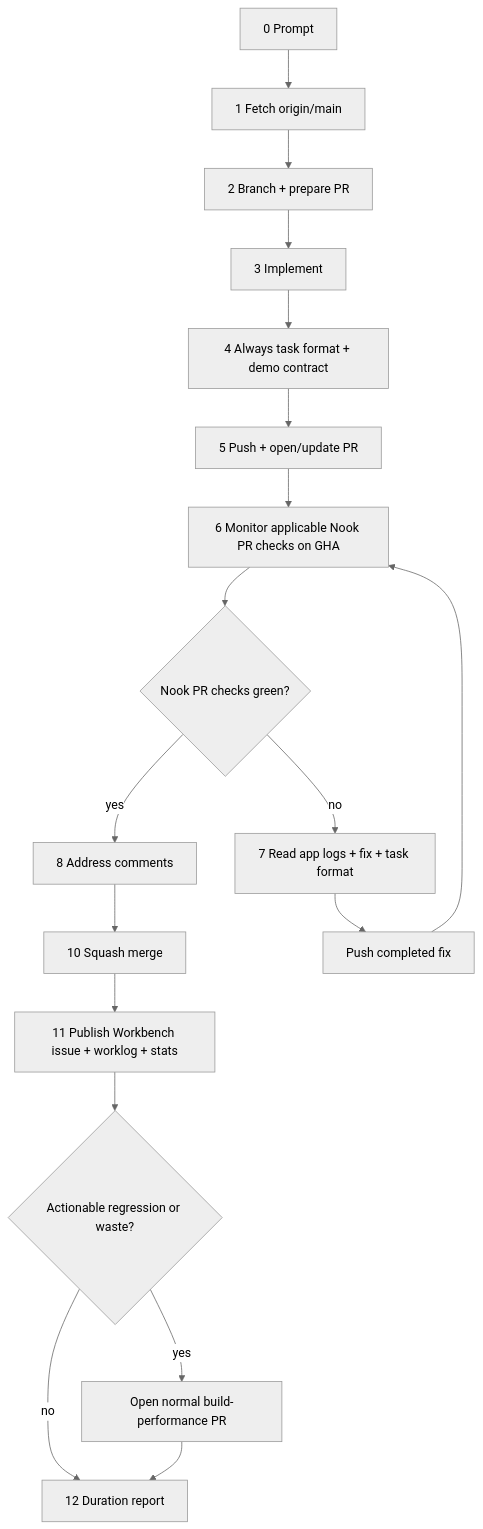
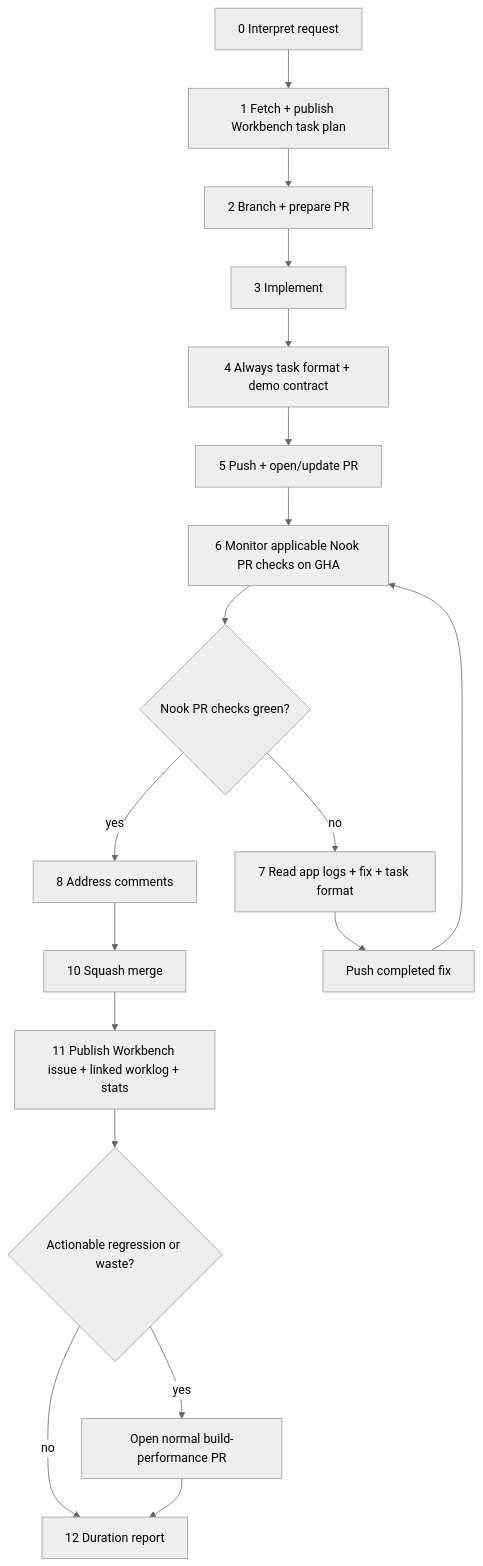
One commit to meta-secret/nook changed the diagram in .cortex/workflows/coding-bro.md. Above: the diagram before and after it, drawn with Mermaid (neutral theme). The commit also changed other lines of this file and 12 other files, not shown here.

````diff
--- a/.cortex/workflows/coding-bro.md
+++ b/.cortex/workflows/coding-bro.md
@@ -221,20 +233,20 @@
 ```mermaid
 flowchart TD
-  P[0 Prompt] --> F[1 Fetch origin/main]
+  P[0 Interpret request] --> F[1 Fetch + publish Workbench task plan]
   F --> B[2 Branch + prepare PR]
   B --> I[3 Implement]
   I --> H[4 Always task format + demo contract]
   H --> PU[5 Push + open/update PR]
   PU --> PR[6 Monitor applicable Nook PR checks on GHA]
   PR --> G{Nook PR checks green?}
   G -->|yes| C[8 Address comments]
   C --> M[10 Squash merge]
   G -->|no| FIX[7 Read app logs + fix + task format]
   FIX --> PUSH[Push completed fix]
   PUSH --> PR
-  M --> S[11 Publish Workbench issue + worklog + stats]
+  M --> S[11 Publish Workbench issue + linked worklog + stats]
   S --> W{Actionable regression or waste?}
   W -->|yes| BP[Open normal build-performance PR]
   W -->|no| D[12 Duration report]
   BP --> D
 ```
````
